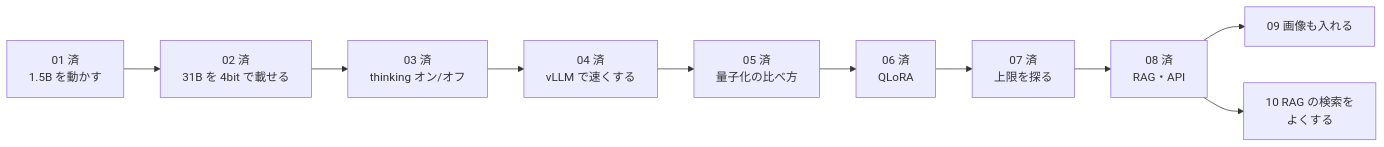
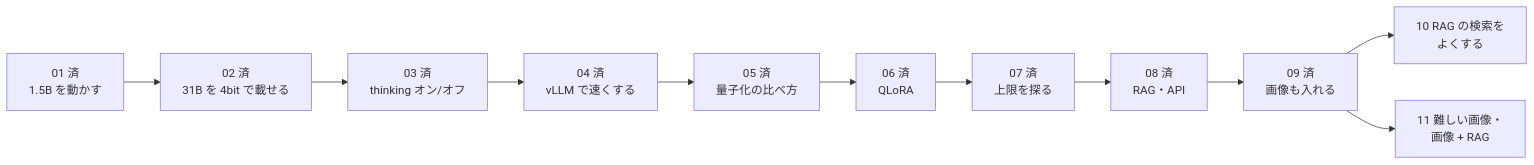
One commit to moruku36/colab-oss-lab changed the diagram in docs/next-experiments.md. Above: the diagram before and after it, drawn with Mermaid. The commit also changed other lines of this file and 9 other files, not shown here.

````diff
--- a/docs/next-experiments.md
+++ b/docs/next-experiments.md
@@ -6,12 +6,13 @@
 ```mermaid
 flowchart LR
     E01["01 済<br/>1.5B を動かす"] --> E02["02 済<br/>31B を 4bit で載せる"]
     E02 --> E03["03 済<br/>thinking オン/オフ"]
     E03 --> E04["04 済<br/>vLLM で速くする"]
     E04 --> E05["05 済<br/>量子化の比べ方"]
     E05 --> E06["06 済<br/>QLoRA"]
     E06 --> E07["07 済<br/>上限を探る"]
     E07 --> E08["08 済<br/>RAG・API"]
-    E08 --> C09["09 画像も入れる"]
-    E08 --> C10["10 RAG の検索を<br/>よくする"]
+    E08 --> E09["09 済<br/>画像も入れる"]
+    E09 --> C10["10 RAG の検索を<br/>よくする"]
+    E09 --> C11["11 難しい画像・<br/>画像 + RAG"]
 ```
````
